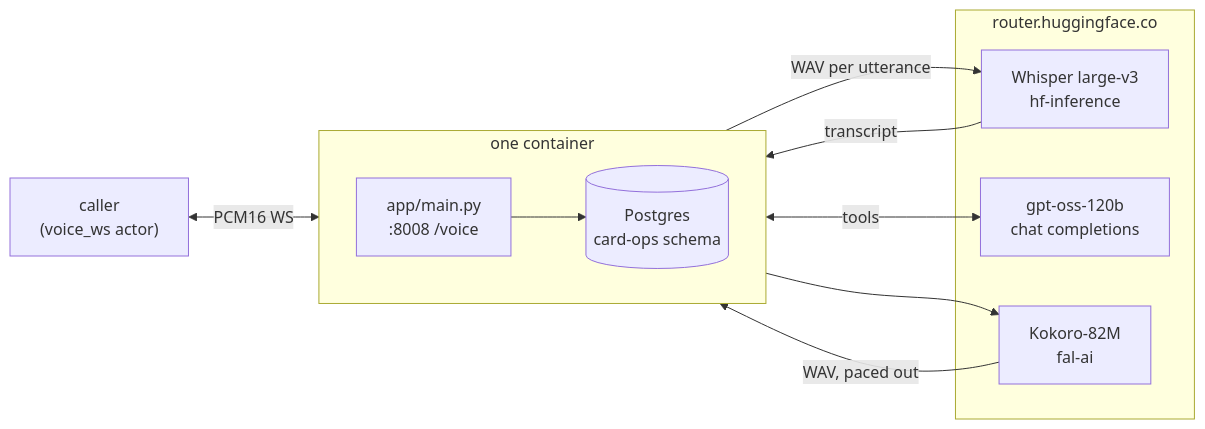
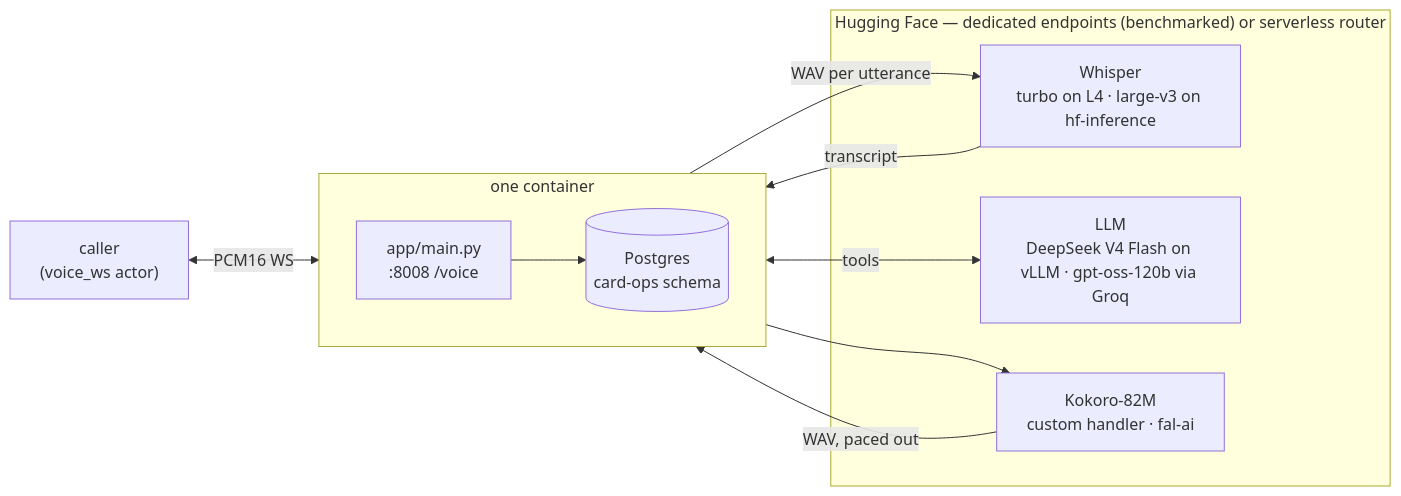
Before and after one commit to veris-ai/riley-agent: the diagram in huggingface/README.md, drawn with Mermaid. The commit also changed other lines of this file and 4 other files, not shown here.

First line of the commit message:
docs: present the benchmarked endpoints configuration as primary

````diff
--- a/huggingface/README.md
+++ b/huggingface/README.md
@@ -25,23 +35,23 @@
 ```mermaid
 flowchart LR
     caller["caller<br/>(voice_ws actor)"]
 
     subgraph container ["one container"]
         direction LR
         agent["app/main.py<br/>:8008 /voice"]
         pg[("Postgres<br/>card-ops schema")]
     end
 
-    subgraph router ["router.huggingface.co"]
-        stt["Whisper large-v3<br/>hf-inference"]
-        llm["gpt-oss-120b<br/>chat completions"]
-        tts["Kokoro-82M<br/>fal-ai"]
+    subgraph hf ["Hugging Face — dedicated endpoints (benchmarked) or serverless router"]
+        stt["Whisper<br/>turbo on L4 · large-v3 on hf-inference"]
+        llm["LLM<br/>DeepSeek V4 Flash on vLLM · gpt-oss-120b via Groq"]
+        tts["Kokoro-82M<br/>custom handler · fal-ai"]
     end
 
     caller <-->|"PCM16 WS"| agent
     agent -->|"WAV per utterance"| stt
     stt -->|"transcript"| agent
     agent <-->|"tools"| llm
     agent --> tts -->|"WAV, paced out"| agent
     agent --> pg
 ```
````
